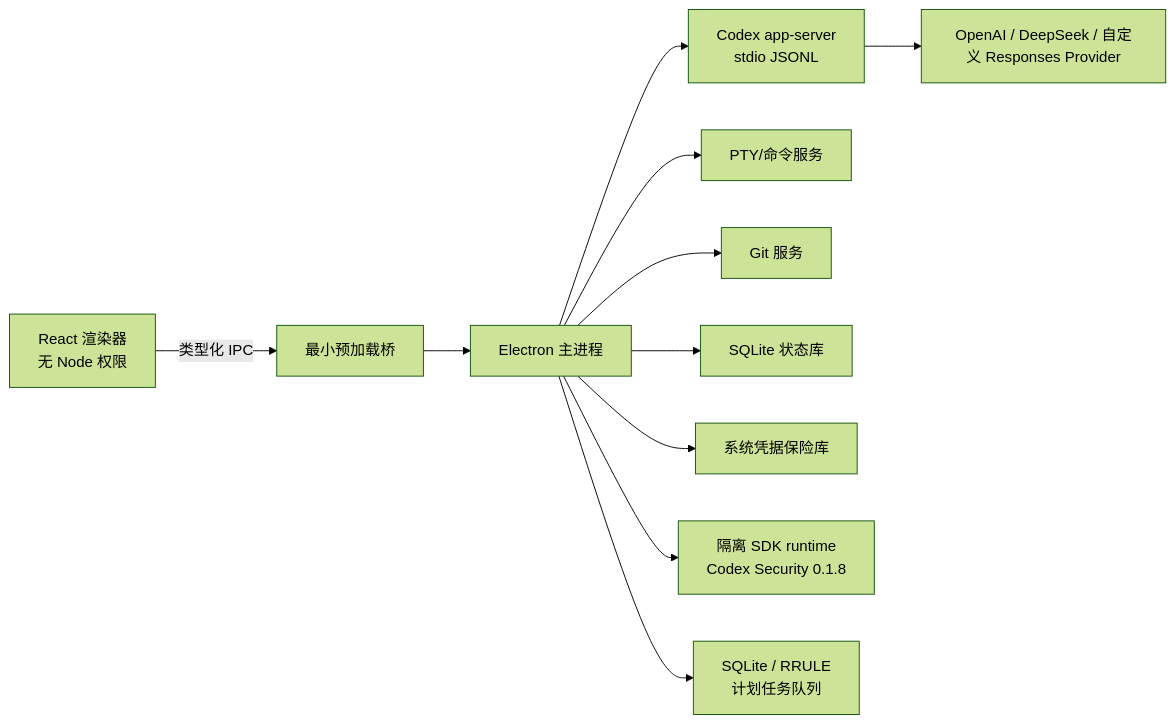
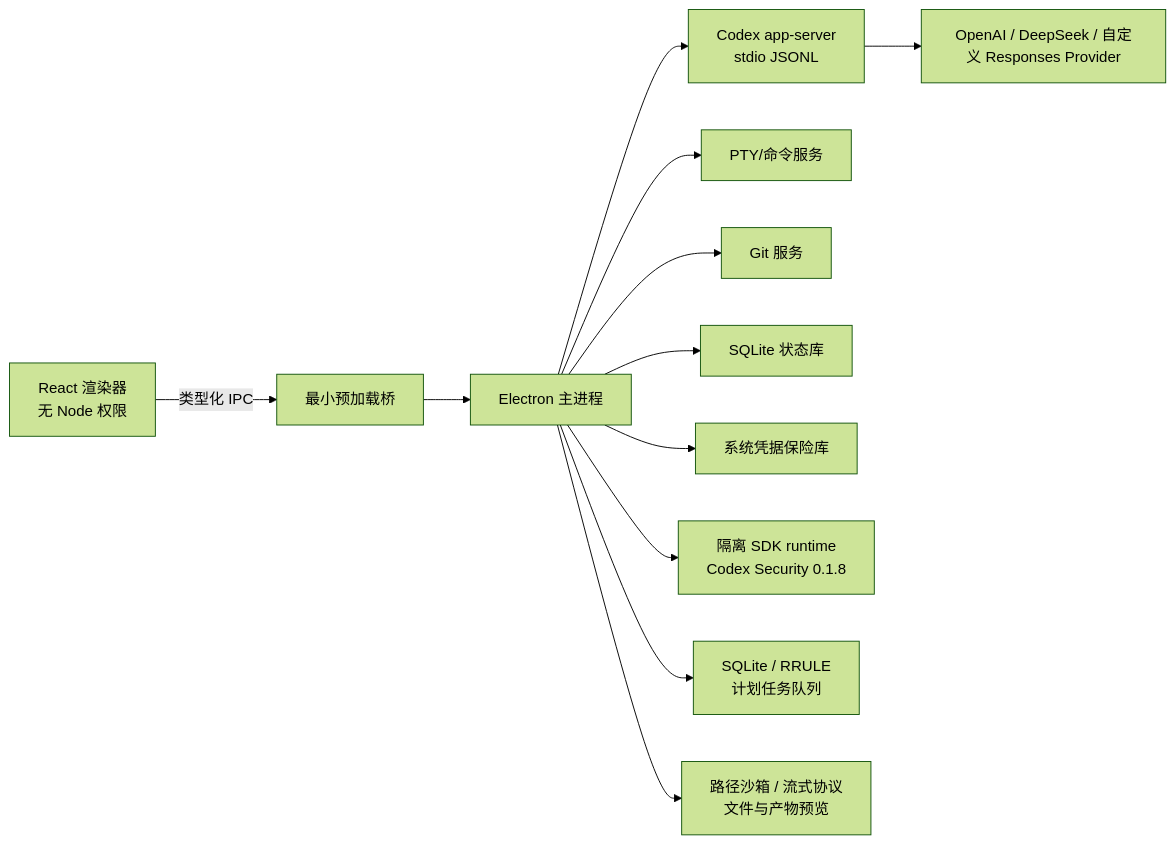
Before and after one commit to xingchen20lj/norevinq-desktop: the diagram in docs/ARCHITECTURE.md, drawn with Mermaid (forest theme). The commit also changed other lines of this file and 18 other files, not shown here.

````diff
--- a/docs/ARCHITECTURE.md
+++ b/docs/ARCHITECTURE.md
@@ -9,13 +9,14 @@
 ```mermaid
 flowchart LR
   UI["React 渲染器<br/>无 Node 权限"] -->|"类型化 IPC"| Preload["最小预加载桥"]
   Preload --> Main["Electron 主进程"]
   Main --> Runtime["Codex app-server<br/>stdio JSONL"]
   Main --> PTY["PTY/命令服务"]
   Main --> Git["Git 服务"]
   Main --> DB["SQLite 状态库"]
   Main --> Keys["系统凭据保险库"]
   Main --> Security["隔离 SDK runtime<br/>Codex Security 0.1.8"]
   Main --> Scheduler["SQLite / RRULE<br/>计划任务队列"]
+  Main --> Files["路径沙箱 / 流式协议<br/>文件与产物预览"]
   Runtime --> Providers["OpenAI / DeepSeek / 自定义 Responses Provider"]
 ```
````
